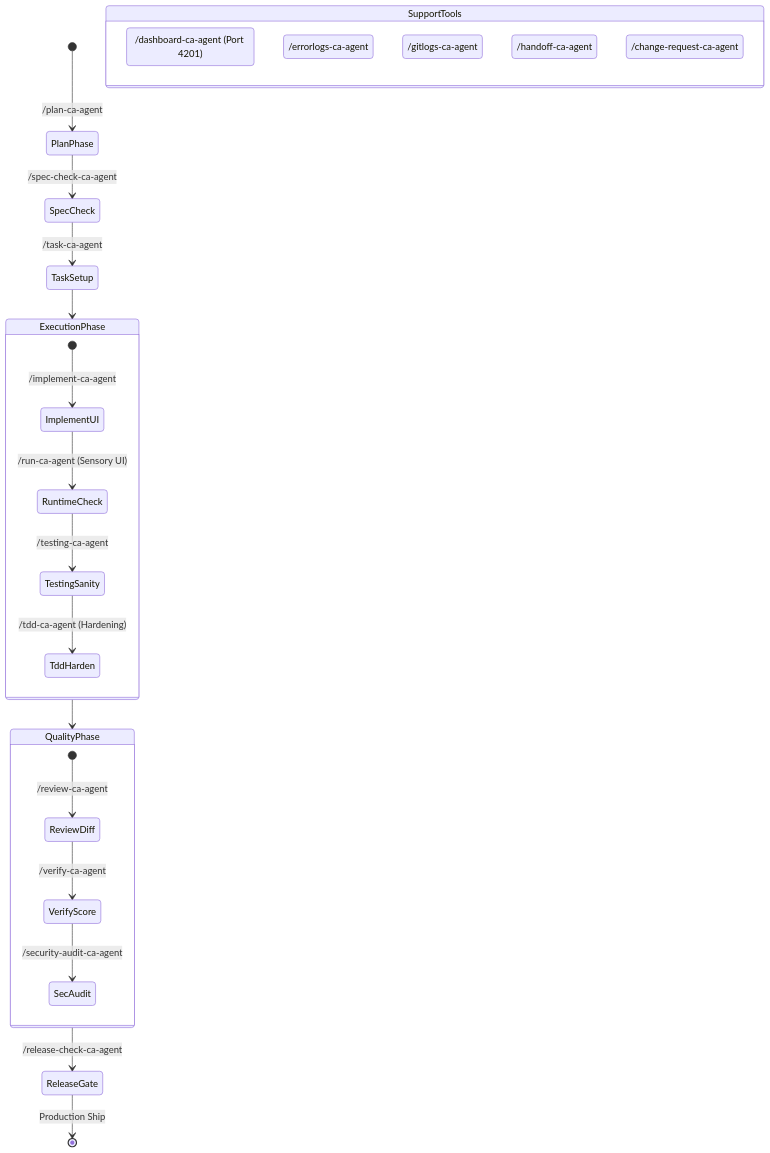
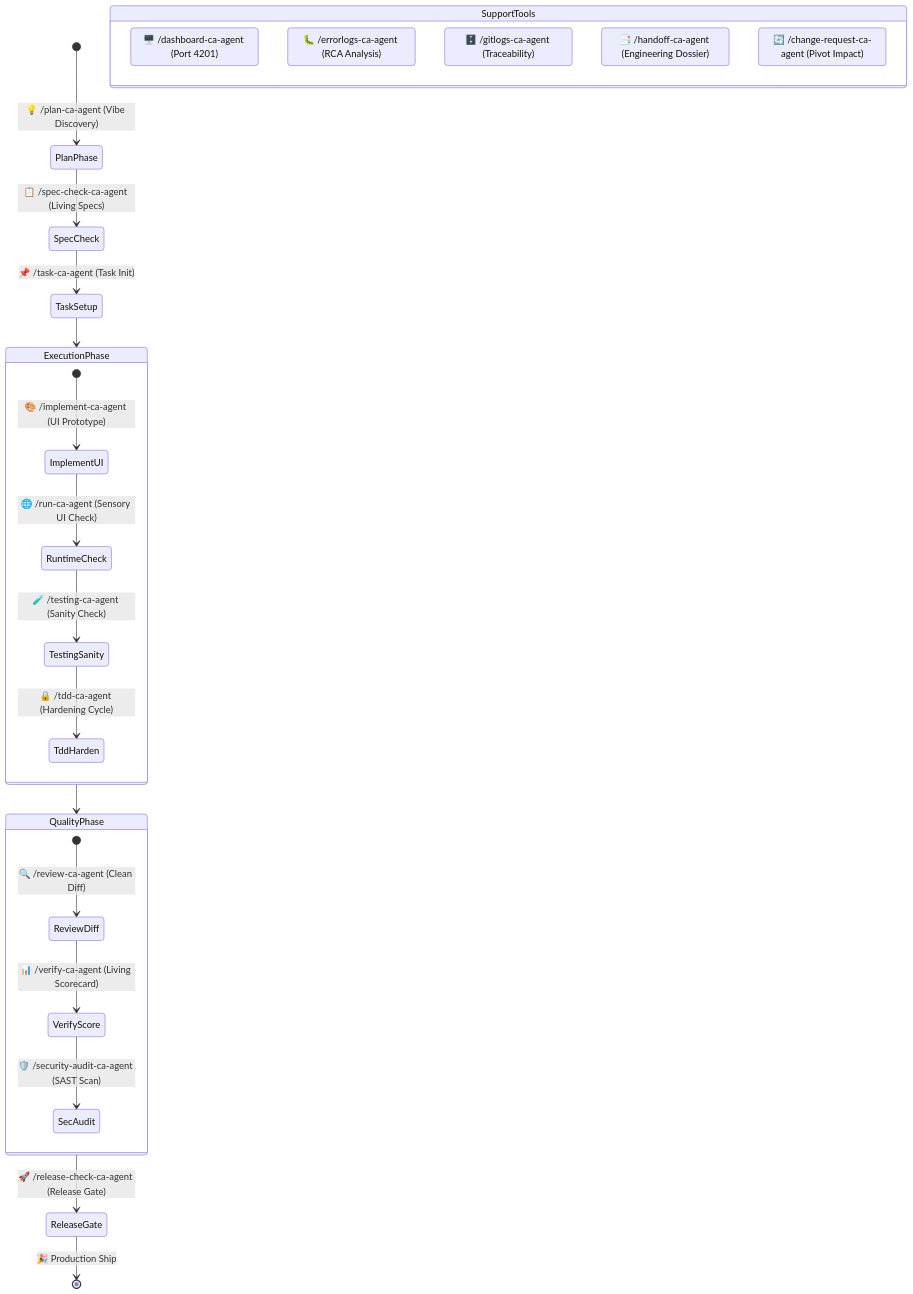
One commit to rmsofficialsyt/Agentic-AI-Vibe-Coding-AND-SDD-TDD-Codebase-Chandan-Adhikary changed the first of 2 diagrams in Vibe-Coding-Chandan-Adhikary/Vibe-Coding/.agents/commands/README.md. Above: the diagram before and after it, drawn with Mermaid. The commit also changed other lines of this file and 23 other files, not shown here.

Commit message:
docs: redesign diagrams to Eraser.io visual style and regenerate MANIFEST.json

````diff
--- a/Vibe-Coding-Chandan-Adhikary/Vibe-Coding/.agents/commands/README.md
+++ b/Vibe-Coding-Chandan-Adhikary/Vibe-Coding/.agents/commands/README.md
@@ -32,33 +32,33 @@
 ```mermaid
 stateDiagram-v2
-    [*] --> PlanPhase: /plan-ca-agent
-    PlanPhase --> SpecCheck: /spec-check-ca-agent
-    SpecCheck --> TaskSetup: /task-ca-agent
+    [*] --> PlanPhase: 💡 /plan-ca-agent (Vibe Discovery)
+    PlanPhase --> SpecCheck: 📋 /spec-check-ca-agent (Living Specs)
+    SpecCheck --> TaskSetup: 📌 /task-ca-agent (Task Init)
     
     state ExecutionPhase {
-        [*] --> ImplementUI: /implement-ca-agent
-        ImplementUI --> RuntimeCheck: /run-ca-agent (Sensory UI)
-        RuntimeCheck --> TestingSanity: /testing-ca-agent
-        TestingSanity --> TddHarden: /tdd-ca-agent (Hardening)
+        [*] --> ImplementUI: 🎨 /implement-ca-agent (UI Prototype)
+        ImplementUI --> RuntimeCheck: 🌐 /run-ca-agent (Sensory UI Check)
+        RuntimeCheck --> TestingSanity: 🧪 /testing-ca-agent (Sanity Check)
+        TestingSanity --> TddHarden: 🔒 /tdd-ca-agent (Hardening Cycle)
     }
 
     TaskSetup --> ExecutionPhase
 
     state QualityPhase {
-        [*] --> ReviewDiff: /review-ca-agent
-        ReviewDiff --> VerifyScore: /verify-ca-agent
-        VerifyScore --> SecAudit: /security-audit-ca-agent
+        [*] --> ReviewDiff: 🔍 /review-ca-agent (Clean Diff)
+        ReviewDiff --> VerifyScore: 📊 /verify-ca-agent (Living Scorecard)
+        VerifyScore --> SecAudit: 🛡️ /security-audit-ca-agent (SAST Scan)
     }
 
     ExecutionPhase --> QualityPhase
-    QualityPhase --> ReleaseGate: /release-check-ca-agent
-    ReleaseGate --> [*]: Production Ship
+    QualityPhase --> ReleaseGate: 🚀 /release-check-ca-agent (Release Gate)
+    ReleaseGate --> [*]: 🎉 Production Ship
 
     state SupportTools {
-        Dashboard: /dashboard-ca-agent (Port 4201)
-        ErrorTriage: /errorlogs-ca-agent
-        GitAudit: /gitlogs-ca-agent
-        HandoffDossier: /handoff-ca-agent
-        ChangeImpact: /change-request-ca-agent
+        Dashboard: 🖥️ /dashboard-ca-agent (Port 4201)
+        ErrorTriage: 🐛 /errorlogs-ca-agent (RCA Analysis)
+        GitAudit: 🗄️ /gitlogs-ca-agent (Traceability)
+        HandoffDossier: 📑 /handoff-ca-agent (Engineering Dossier)
+        ChangeImpact: 🔄 /change-request-ca-agent (Pivot Impact)
     }
 ```
````
